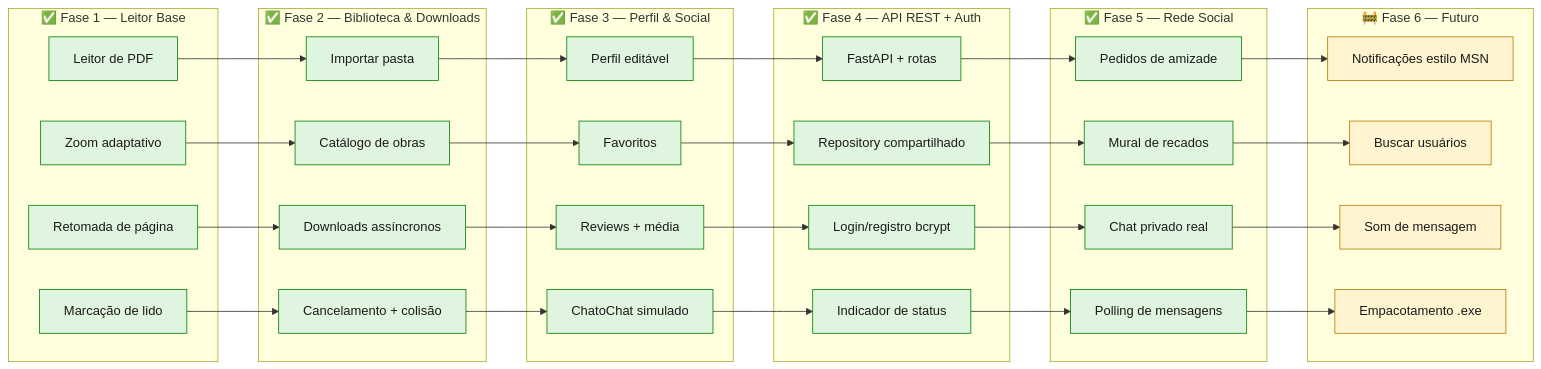
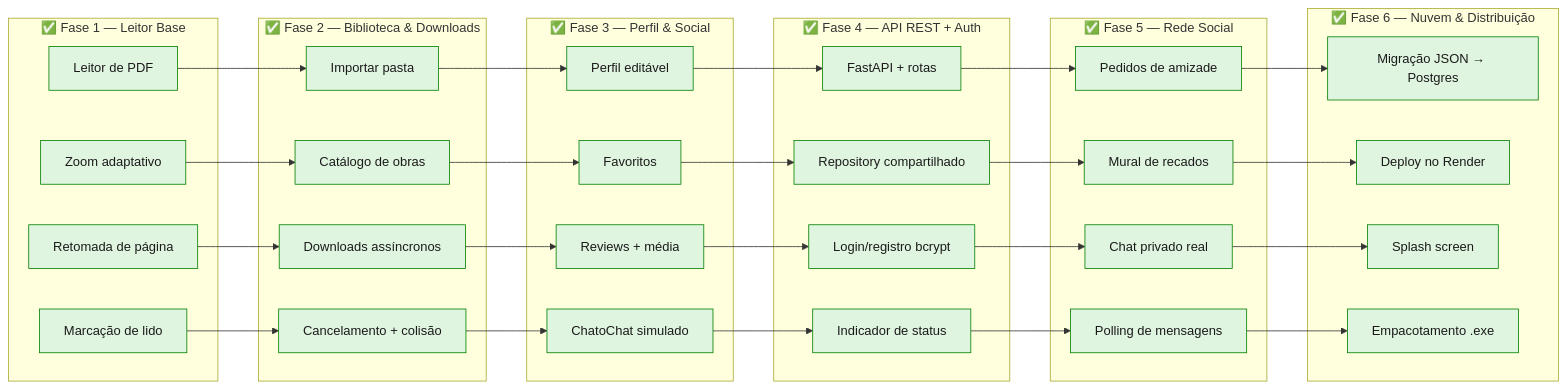
Before and after one commit to lordepeter/PDF_Reader: the fourth of 4 diagrams in README.md, drawn with Mermaid. The commit also changed other lines of this file, not shown here.

````diff
--- a/README.md
+++ b/README.md
@@ -372,10 +406,10 @@
         F5D[Polling de mensagens]
     end
 
-    subgraph "🚧 Fase 6 — Futuro"
-        F6A[Notificações estilo MSN]
-        F6B[Buscar usuários]
-        F6C[Som de mensagem]
+    subgraph "✅ Fase 6 — Nuvem & Distribuição"
+        F6A[Migração JSON → Postgres]
+        F6B[Deploy no Render]
+        F6C[Splash screen]
         F6D[Empacotamento .exe]
     end
 
@@ -420,8 +454,8 @@
     style F5B fill:#E0F5E0,stroke:#008000,color:#1a1a1a
     style F5C fill:#E0F5E0,stroke:#008000,color:#1a1a1a
     style F5D fill:#E0F5E0,stroke:#008000,color:#1a1a1a
-    style F6A fill:#FFF4D0,stroke:#B77900,color:#1a1a1a
-    style F6B fill:#FFF4D0,stroke:#B77900,color:#1a1a1a
-    style F6C fill:#FFF4D0,stroke:#B77900,color:#1a1a1a
-    style F6D fill:#FFF4D0,stroke:#B77900,color:#1a1a1a
+    style F6A fill:#E0F5E0,stroke:#008000,color:#1a1a1a
+    style F6B fill:#E0F5E0,stroke:#008000,color:#1a1a1a
+    style F6C fill:#E0F5E0,stroke:#008000,color:#1a1a1a
+    style F6D fill:#E0F5E0,stroke:#008000,color:#1a1a1a
 ```
````
